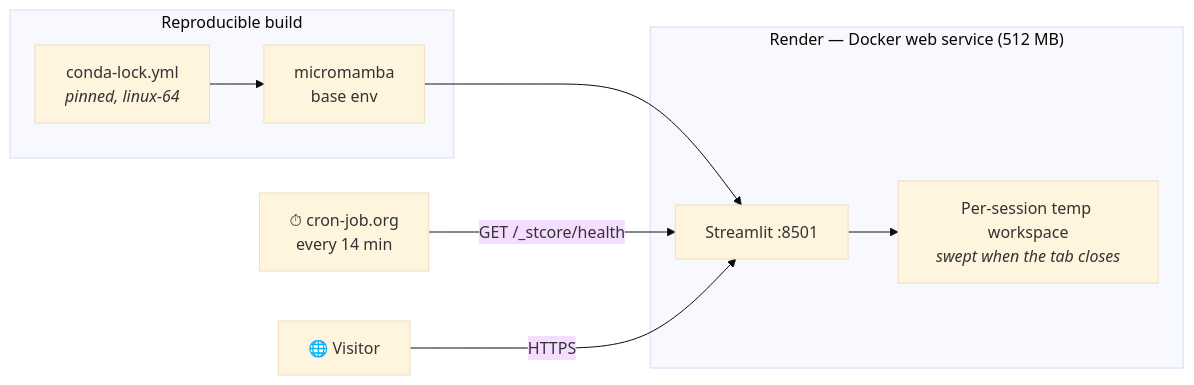
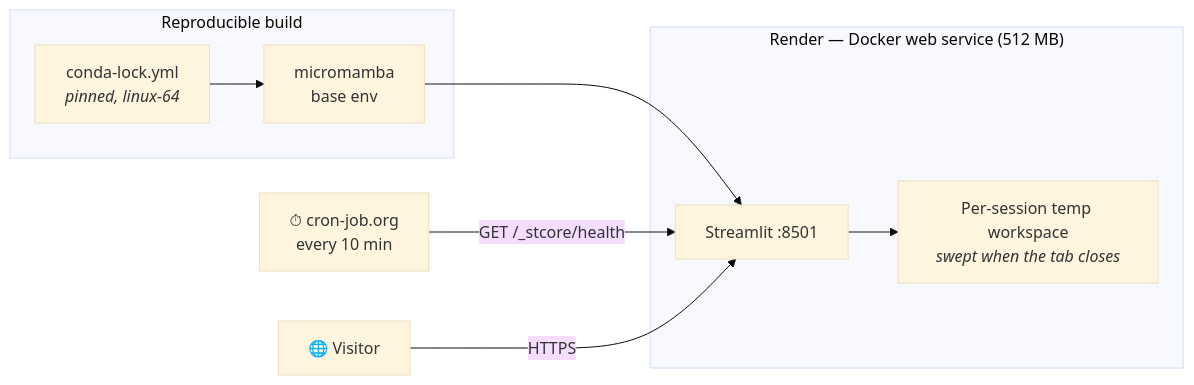
Before and after one commit to DariuszKrych/Bookbinding_Signature_Creator_App: the second of 2 diagrams in README.md, drawn with Mermaid (base theme). The commit also changed other lines of this file, not shown here.

````diff
--- a/README.md
+++ b/README.md
@@ -74,12 +74,12 @@
 ```mermaid
 flowchart LR
     subgraph CI["Reproducible build"]
         L["conda-lock.yml<br/><i>pinned, linux-64</i>"] --> M["micromamba<br/>base env"]
     end
     subgraph R["Render — Docker web service (512 MB)"]
         M --> S["Streamlit :8501"]
         S --> W["Per-session temp workspace<br/><i>swept when the tab closes</i>"]
     end
-    K["⏱ cron-job.org<br/>every 14 min"] -->|"GET /_stcore/health"| S
+    K["⏱ cron-job.org<br/>every 10 min"] -->|"GET /_stcore/health"| S
     V["🌐 Visitor"] -->|HTTPS| S
 ```
````
